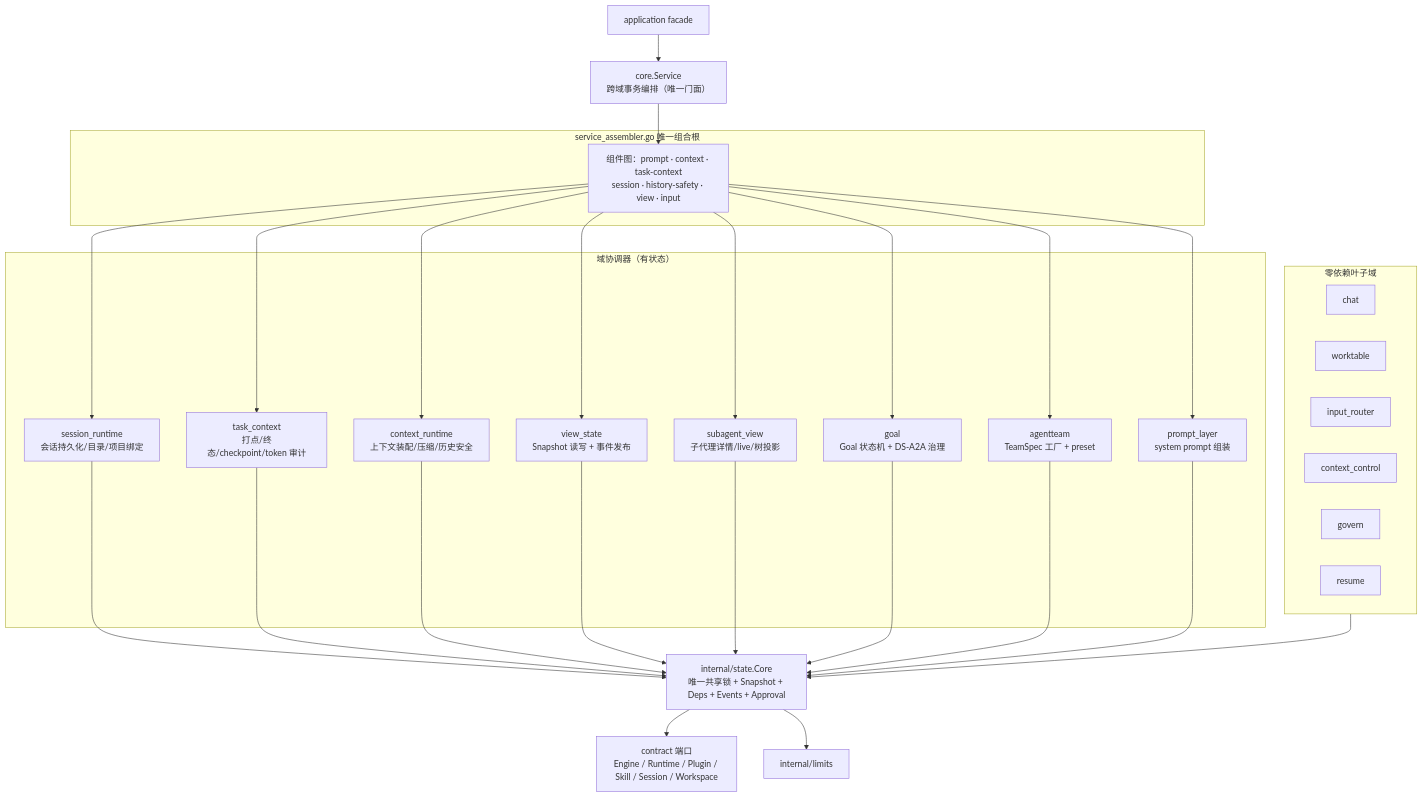
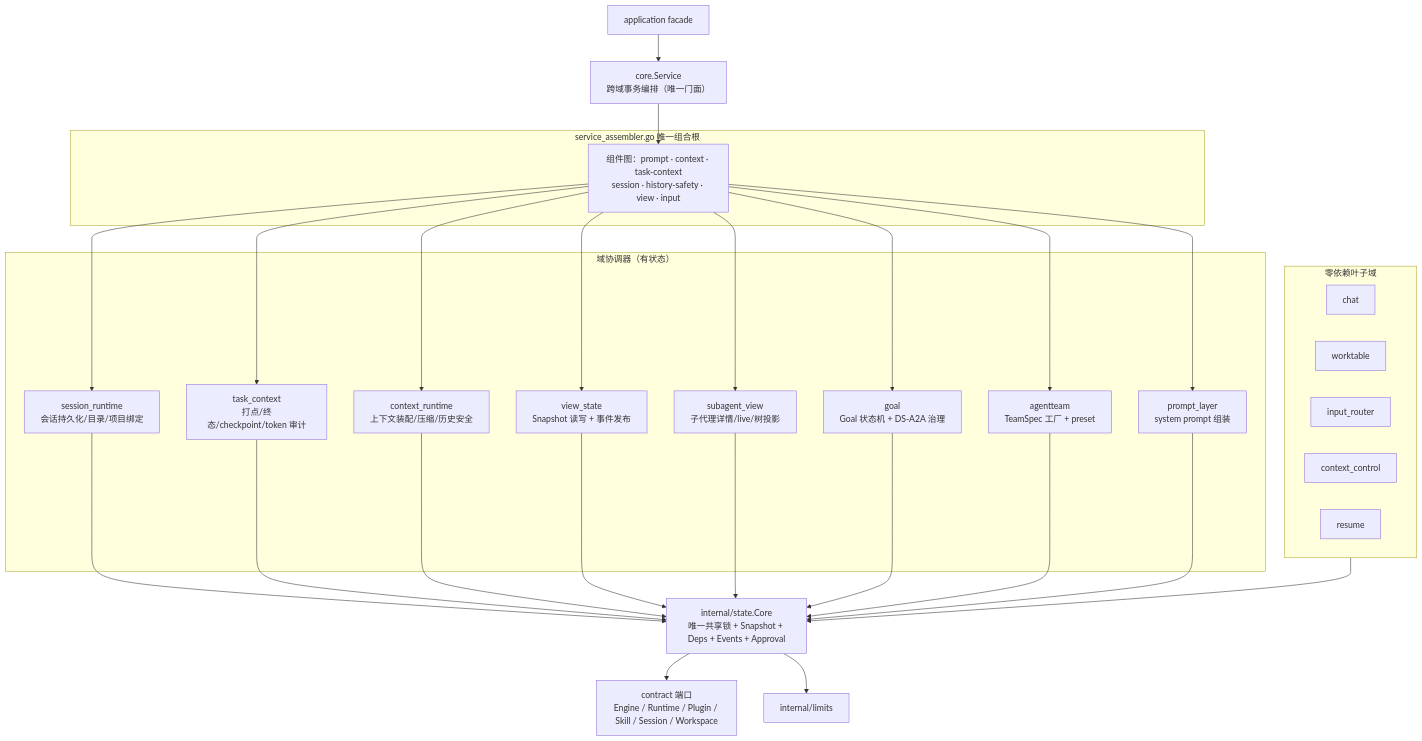
One commit to RedHuang-0622/seelex changed the first of 4 diagrams in application/core/README.md. Above: the diagram before and after it, drawn with Mermaid. The commit also changed other lines of this file and 77 other files, not shown here.

````diff
--- a/application/core/README.md
+++ b/application/core/README.md
@@ -37,54 +38,53 @@
 ```mermaid
 flowchart TB
     FACADE["application facade"] --> SVC["core.Service<br/>跨域事务编排（唯一门面）"]
 
     subgraph ASSEMBLER["service_assembler.go 唯一组合根"]
         COMP["组件图：prompt · context · task-context<br/>session · history-safety · view · input"]
     end
 
     SVC --> COMP
 
     subgraph DOMAIN["域协调器（有状态）"]
         SR["session_runtime<br/>会话持久化/目录/项目绑定"]
         TC["task_context<br/>打点/终态/checkpoint/token 审计"]
         CR["context_runtime<br/>上下文装配/压缩/历史安全"]
         VS["view_state<br/>Snapshot 读写 + 事件发布"]
         SV["subagent_view<br/>子代理详情/live/树投影"]
         GOAL["goal<br/>Goal 状态机 + DS-A2A 治理"]
         TEAM["agentteam<br/>TeamSpec 工厂 + preset"]
         PL["prompt_layer<br/>system prompt 组装"]
     end
 
     subgraph LEAF["零依赖叶子域"]
         CHAT["chat"]
         WT["worktable"]
         IR["input_router"]
         CC["context_control"]
-        GOV["govern"]
         RES["resume"]
     end
 
     ST["internal/state.Core<br/>唯一共享锁 + Snapshot + Deps + Events + Approval"]
     LIM["internal/limits"]
     PORTS["contract 端口<br/>Engine / Runtime / Plugin / Skill / Session / Workspace"]
 
     COMP --> SR
     COMP --> TC
     COMP --> CR
     COMP --> VS
     COMP --> SV
     COMP --> GOAL
     COMP --> TEAM
     COMP --> PL
     SR --> ST
     TC --> ST
     CR --> ST
     VS --> ST
     SV --> ST
     GOAL --> ST
     TEAM --> ST
     PL --> ST
     LEAF --> ST
     ST --> PORTS
     ST --> LIM
 ```
````
